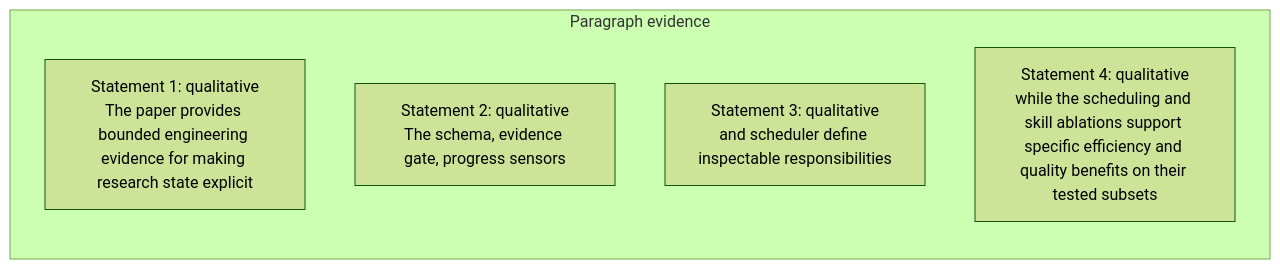
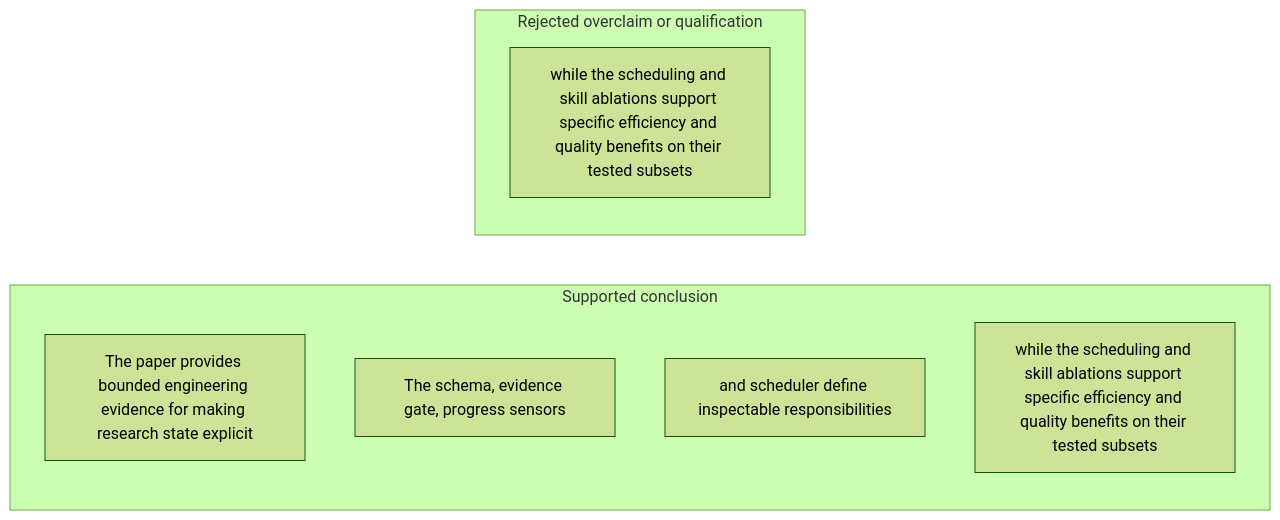
Before and after one commit to Betancourt1/paper_atlas: diagram 46 of 51 in docs/visual-manifests/VISUAL_MANIFEST_SEARCHOS_V1.md, drawn with Mermaid (forest theme). The commit also changed other lines of this file and 7 other files, not shown here.

````diff
--- a/docs/visual-manifests/VISUAL_MANIFEST_SEARCHOS_V1.md
+++ b/docs/visual-manifests/VISUAL_MANIFEST_SEARCHOS_V1.md
@@ -3854,9 +3877,12 @@
 ```mermaid
 flowchart LR
-  subgraph p1["Paragraph evidence"]
-    p1r1["Statement 1: qualitative<br/>The paper provides bounded engineering evidence for making research state explicit"]
-    p1r2["Statement 2: qualitative<br/>The schema, evidence gate, progress sensors"]
-    p1r3["Statement 3: qualitative<br/>and scheduler define inspectable responsibilities"]
-    p1r4["Statement 4: qualitative<br/>while the scheduling and skill ablations support specific efficiency and quality benefits on their tested subsets"]
+  subgraph g1["Supported conclusion"]
+    g1i1["The paper provides bounded engineering evidence for making research state explicit"]
+    g1i2["The schema, evidence gate, progress sensors"]
+    g1i3["and scheduler define inspectable responsibilities"]
+    g1i4["while the scheduling and skill ablations support specific efficiency and quality benefits on their tested subsets"]
+  end
+  subgraph g2["Rejected overclaim or qualification"]
+    g2i1["while the scheduling and skill ablations support specific efficiency and quality benefits on their tested subsets"]
   end
 ```
````
